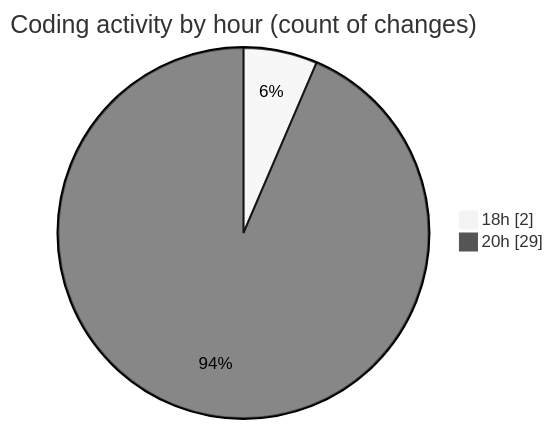
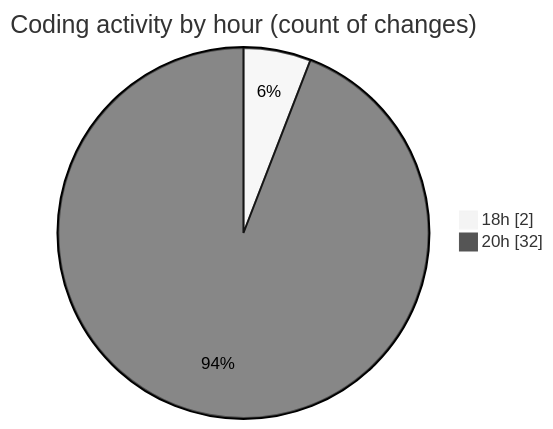
Before and after one commit to robertbonfada/code-tracking: the second of 2 diagrams in 2025-02-26/area-formacao-web/README.md, drawn with Mermaid (neutral theme). The commit also changed other lines of this file and 1 other file, not shown here.

````diff
--- a/2025-02-26/area-formacao-web/README.md
+++ b/2025-02-26/area-formacao-web/README.md
@@ -42,6 +42,6 @@
 ```mermaid
 pie showData
 title Coding activity by hour (count of changes)
 "18h" : 2
-"20h" : 29
+"20h" : 32
 ```
````
